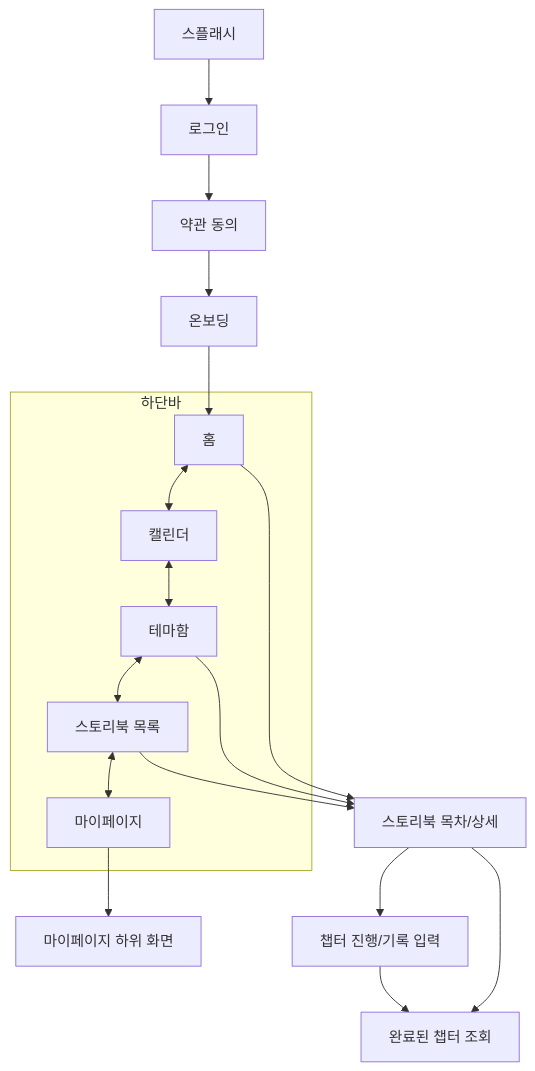
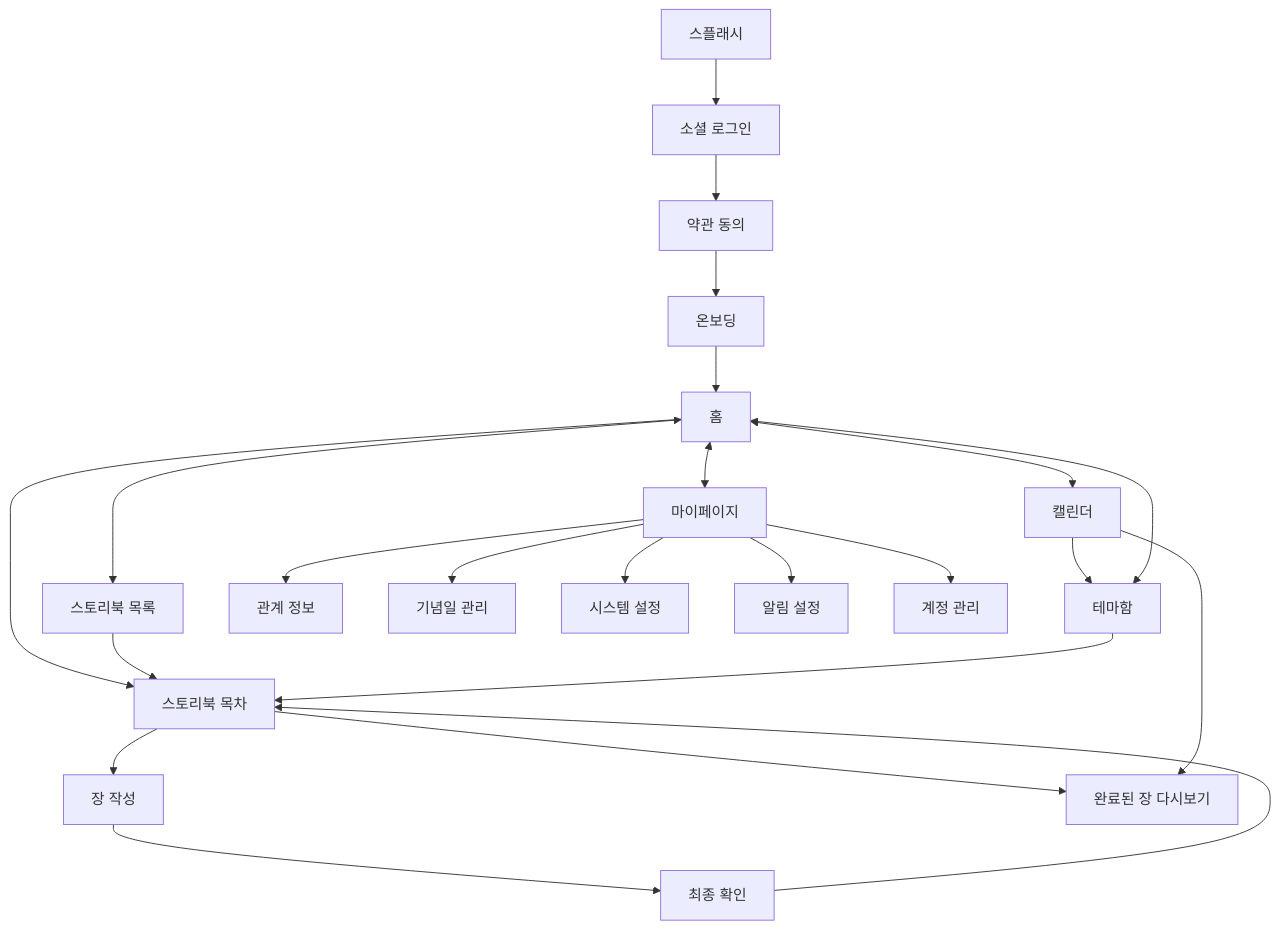
One commit to HALO-UMC/HALO-ANDROID changed the diagram in README.md. Above: the diagram before and after it, drawn with Mermaid. The commit also changed other lines of this file, not shown here.

````diff
--- a/README.md
+++ b/README.md
@@ -128,30 +195,30 @@
 ```mermaid
 flowchart TD
-    Splash[스플래시]
-    Login[로그인]
-    Terms[약관 동의]
-    Onboarding[온보딩]
-    Home[홈]
+    Splash[스플래시] --> Login[소셜 로그인]
+    Login --> Terms[약관 동의]
+    Terms --> Onboarding[온보딩]
+    Onboarding --> Home[홈]
 
-    Splash --> Login
-    Login --> Terms
-    Terms --> Onboarding
-    Onboarding --> Home
+    Home --> StorybookDetail[스토리북 목차]
+    StorybookList[스토리북 목록] --> StorybookDetail
+    ThemeBox[테마함] --> StorybookDetail
 
-    subgraph BottomNav[하단바]
-        Home <--> Calendar[캘린더]
-        Calendar <--> ThemeBox[테마함]
-        ThemeBox <--> Storybook[스토리북 목록]
-        Storybook <--> MyPage[마이페이지]
-    end
+    StorybookDetail --> ChapterProgress[장 작성]
+    ChapterProgress --> ChapterReview[최종 확인]
+    ChapterReview --> StorybookDetail
 
-    Home --> Detail[스토리북 목차/상세]
-    ThemeBox --> Detail
-    Storybook --> Detail
+    StorybookDetail --> ChapterResult[완료된 장 다시보기]
+    Calendar[캘린더] --> ChapterResult
+    Calendar --> ThemeBox
 
-    Detail --> Progress[챕터 진행/기록 입력]
-    Detail --> Result[완료된 챕터 조회]
-    Progress --> Result
+    Home <--> Calendar
+    Home <--> StorybookList
+    Home <--> ThemeBox
+    Home <--> MyPage[마이페이지]
 
-    MyPage --> MyPageInner[마이페이지 하위 화면]
+    MyPage --> Relationship[관계 정보]
+    MyPage --> Anniversary[기념일 관리]
+    MyPage --> SystemSettings[시스템 설정]
+    MyPage --> NotificationSettings[알림 설정]
+    MyPage --> Account[계정 관리]
 ```
````
